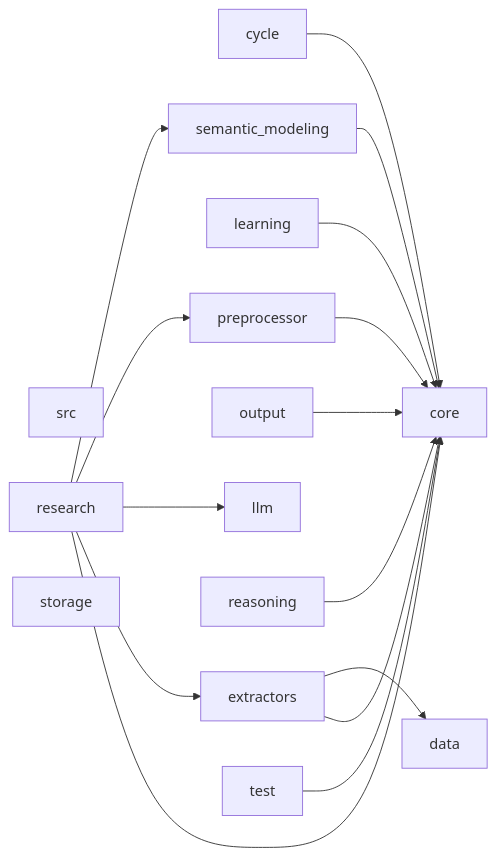
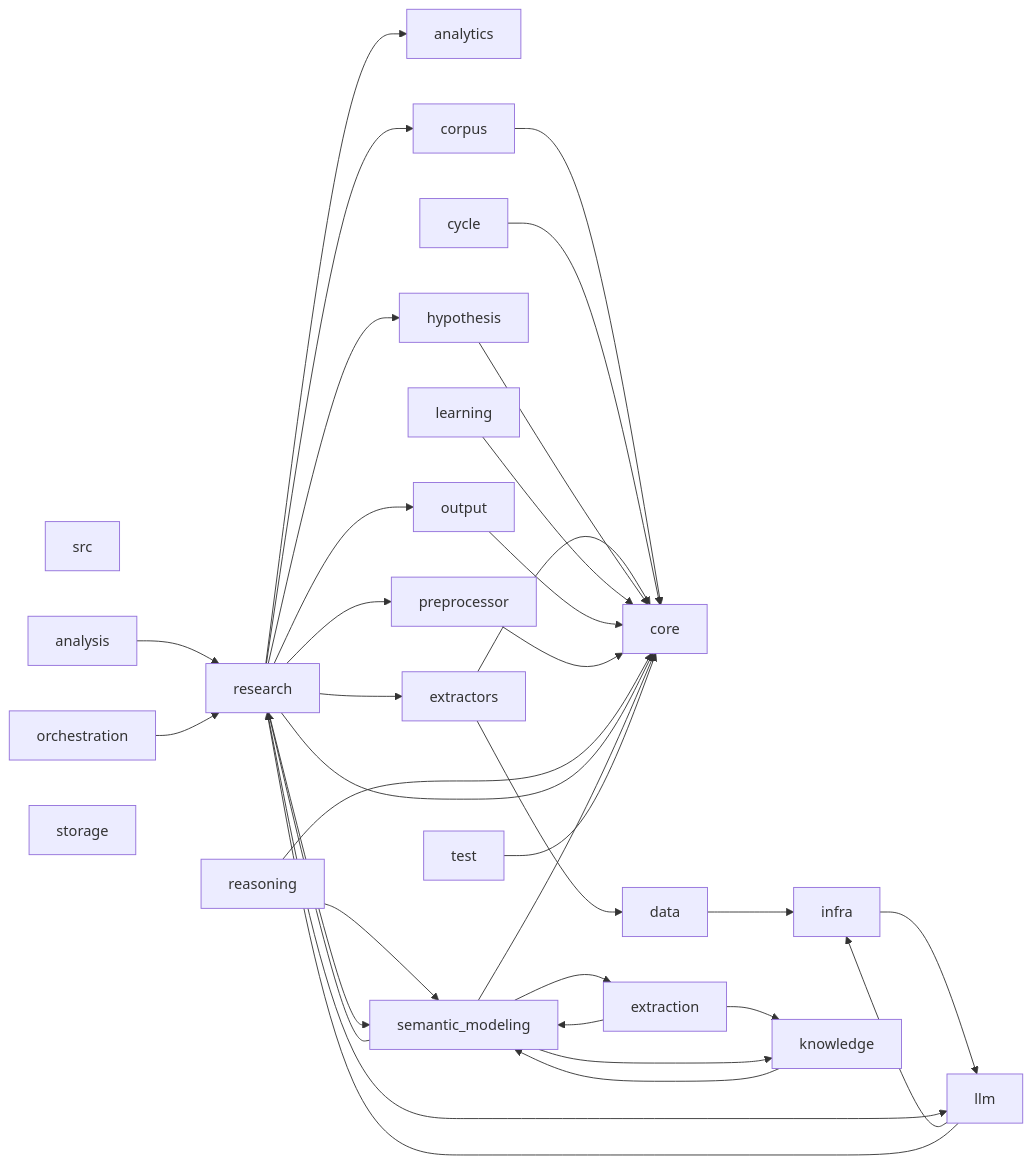
One commit to guose1314/tcmautoresearch changed the diagram in docs/architecture/dependency-graph.md. Above: the diagram before and after it, drawn with Mermaid. The commit also changed other lines of this file and 13 other files, not shown here.

````diff
--- a/docs/architecture/dependency-graph.md
+++ b/docs/architecture/dependency-graph.md
@@ -14,31 +14,58 @@
 ```mermaid
 flowchart LR
     src["src"]
+    src_analysis["analysis"]
+    src_analytics["analytics"]
     src_core["core"]
+    src_corpus["corpus"]
     src_cycle["cycle"]
     src_data["data"]
+    src_extraction["extraction"]
     src_extractors["extractors"]
+    src_hypothesis["hypothesis"]
+    src_infra["infra"]
+    src_knowledge["knowledge"]
     src_learning["learning"]
     src_llm["llm"]
+    src_orchestration["orchestration"]
     src_output["output"]
     src_preprocessor["preprocessor"]
     src_reasoning["reasoning"]
     src_research["research"]
     src_semantic_modeling["semantic_modeling"]
     src_storage["storage"]
     src_test["test"]
+    src_analysis --> src_research
+    src_corpus --> src_core
     src_cycle --> src_core
+    src_data --> src_infra
+    src_extraction --> src_knowledge
+    src_extraction --> src_semantic_modeling
     src_extractors --> src_core
     src_extractors --> src_data
+    src_hypothesis --> src_core
+    src_infra --> src_llm
+    src_knowledge --> src_semantic_modeling
     src_learning --> src_core
+    src_llm --> src_infra
+    src_llm --> src_research
+    src_orchestration --> src_research
     src_output --> src_core
     src_preprocessor --> src_core
     src_reasoning --> src_core
+    src_reasoning --> src_semantic_modeling
+    src_research --> src_analytics
     src_research --> src_core
+    src_research --> src_corpus
     src_research --> src_extractors
+    src_research --> src_hypothesis
     src_research --> src_llm
+    src_research --> src_output
     src_research --> src_preprocessor
     src_research --> src_semantic_modeling
     src_semantic_modeling --> src_core
+    src_semantic_modeling --> src_extraction
+    src_semantic_modeling --> src_knowledge
+    src_semantic_modeling --> src_research
     src_test --> src_core
 ```
````
